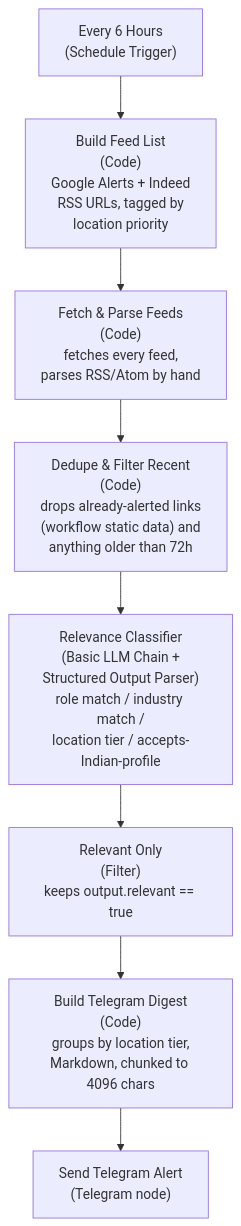
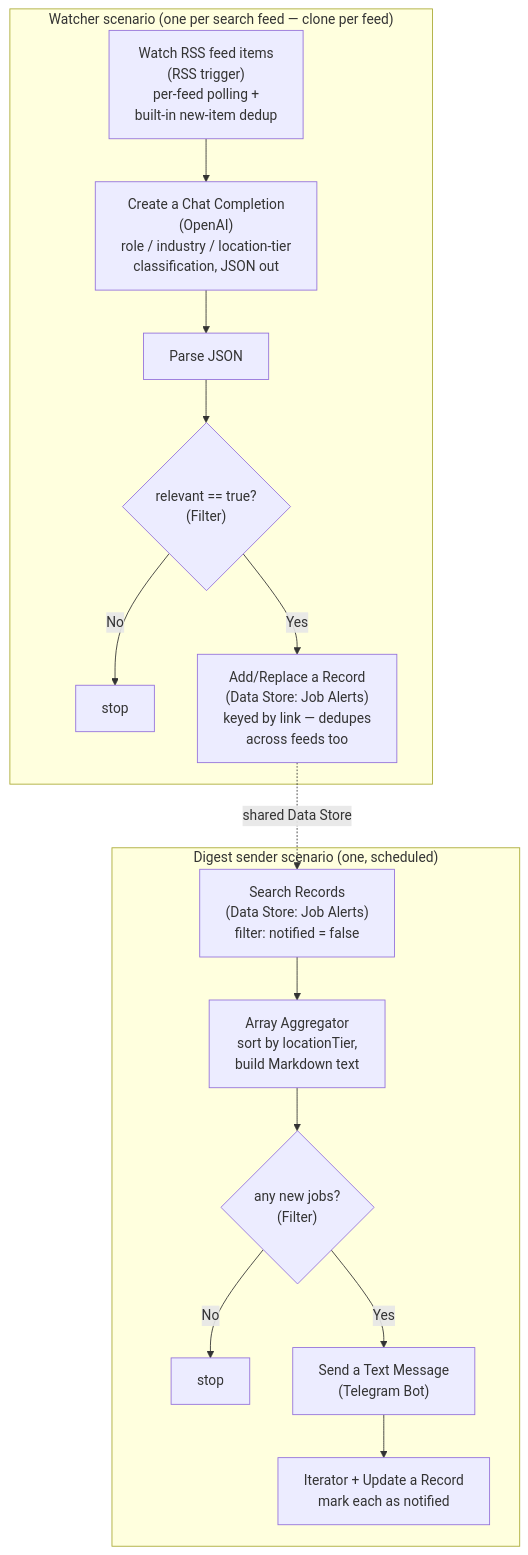
One commit to Bishal-lab/AI-Infinity-Projects changed the diagram in job-alert-telegram-assistant/README.md. Above: the diagram before and after it, drawn with Mermaid. The commit also changed other lines of this file and 13 other files, not shown here.

First line of the commit message:
Rebuild job alert Telegram project on Make instead of n8n

````diff
--- a/job-alert-telegram-assistant/README.md
+++ b/job-alert-telegram-assistant/README.md
@@ -31,10 +34,18 @@
 ```mermaid
 flowchart TD
-    A["Every 6 Hours\n(Schedule Trigger)"] --> B["Build Feed List\n(Code)\nGoogle Alerts + Indeed\nRSS URLs, tagged by\nlocation priority"]
-    B --> C["Fetch & Parse Feeds\n(Code)\nfetches every feed,\nparses RSS/Atom by hand"]
-    C --> D["Dedupe & Filter Recent\n(Code)\ndrops already-alerted links\n(workflow static data) and\nanything older than 72h"]
-    D --> E["Relevance Classifier\n(Basic LLM Chain +\nStructured Output Parser)\nrole match / industry match /\nlocation tier / accepts-Indian-profile"]
-    E --> F["Relevant Only\n(Filter)\nkeeps output.relevant == true"]
-    F --> G["Build Telegram Digest\n(Code)\ngroups by location tier,\nMarkdown, chunked to 4096 chars"]
-    G --> H["Send Telegram Alert\n(Telegram node)"]
+    subgraph W["Watcher scenario (one per search feed — clone per feed)"]
+        A["Watch RSS feed items\n(RSS trigger)\nper-feed polling +\nbuilt-in new-item dedup"] --> B["Create a Chat Completion\n(OpenAI)\nrole / industry / location-tier\nclassification, JSON out"]
+        B --> C["Parse JSON"]
+        C --> D{"relevant == true?\n(Filter)"}
+        D -- No --> X["stop"]
+        D -- Yes --> E["Add/Replace a Record\n(Data Store: Job Alerts)\nkeyed by link — dedupes\nacross feeds too"]
+    end
+    subgraph S["Digest sender scenario (one, scheduled)"]
+        F["Search Records\n(Data Store: Job Alerts)\nfilter: notified = false"] --> G["Array Aggregator\nsort by locationTier,\nbuild Markdown text"]
+        G --> H{"any new jobs?\n(Filter)"}
+        H -- No --> Y["stop"]
+        H -- Yes --> I["Send a Text Message\n(Telegram Bot)"]
+        I --> J["Iterator + Update a Record\nmark each as notified"]
+    end
+    E -.->|shared Data Store| F
 ```
````
